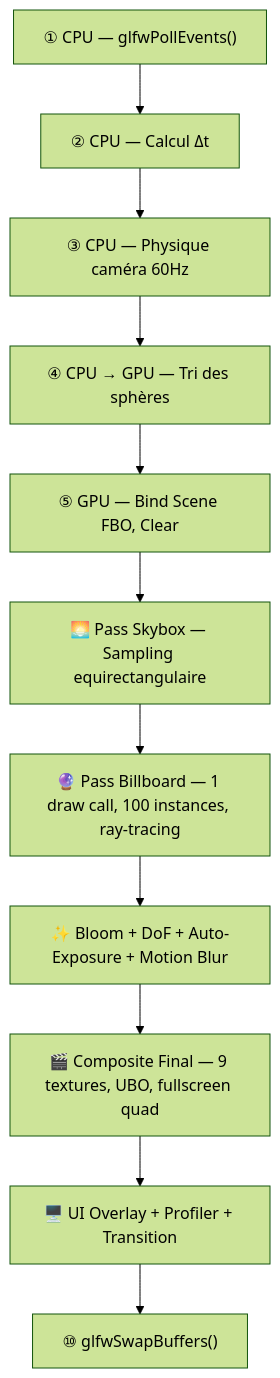
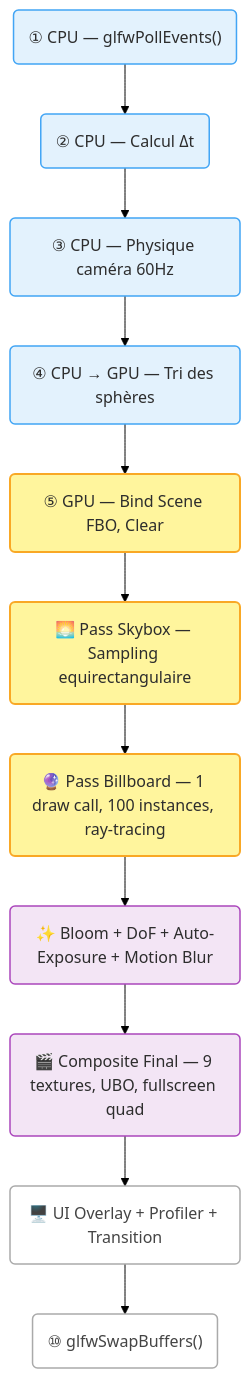
Diagram 17 of 17 in content/suckless-ogl-anatomie-frame.md (yoyonel/blog_source), drawn with Mermaid (forest theme) before and after one commit. The commit also changed other lines of this file and 4 other files, not shown here.

First line of the commit message:
refactor(mermaid): hand-drawn style + forced light mode for all browsers

```diff
--- a/content/suckless-ogl-anatomie-frame.md
+++ b/content/suckless-ogl-anatomie-frame.md
@@ -980,13 +1073,23 @@
 <pre class="mermaid">
 graph TD
-    POLL["① CPU — glfwPollEvents()"] --> TIME["② CPU — Calcul Δt"]
-    TIME --> CAM["③ CPU — Physique caméra 60Hz"]
-    CAM --> SORT["④ CPU → GPU — Tri des sphères"]
-    SORT --> FBO["⑤ GPU — Bind Scene FBO, Clear"]
-    FBO --> SKY["🌅 Pass Skybox — Sampling equirectangulaire"]
-    SKY --> SPHERES["🔮 Pass Billboard — 1 draw call, 100 instances, ray-tracing"]
-    SPHERES --> BLOOM["✨ Bloom + DoF + Auto-Exposure + Motion Blur"]
-    BLOOM --> COMP["🎬 Composite Final — 9 textures, UBO, fullscreen quad"]
-    COMP --> UI["🖥️ UI Overlay + Profiler + Transition"]
-    UI --> SWAP["⑩ glfwSwapBuffers()"]
+    POLL("① CPU — glfwPollEvents()") --> TIME("② CPU — Calcul Δt")
+    TIME --> CAM("③ CPU — Physique caméra 60Hz")
+    CAM --> SORT("④ CPU → GPU — Tri des sphères")
+    SORT --> FBO("⑤ GPU — Bind Scene FBO, Clear")
+    FBO --> SKY("🌅 Pass Skybox — Sampling equirectangulaire")
+    SKY --> SPHERES("🔮 Pass Billboard — 1 draw call, 100 instances, ray-tracing")
+    SPHERES --> BLOOM("✨ Bloom + DoF + Auto-Exposure + Motion Blur")
+    BLOOM --> COMP("🎬 Composite Final — 9 textures, UBO, fullscreen quad")
+    COMP --> UI("🖥️ UI Overlay + Profiler + Transition")
+    UI --> SWAP("⑩ glfwSwapBuffers()")
+
+    classDef cpu fill:#e3f2fd,stroke:#42a5f5,stroke-width:1.5px,color:#2d2d2d
+    classDef gpu fill:#fff59d,stroke:#f9a825,stroke-width:2px,color:#2d2d2d
+    classDef postfx fill:#f3e5f5,stroke:#ab47bc,stroke-width:1.5px,color:#2d2d2d
+    classDef subsystem fill:#ffffff,stroke:#aaaaaa,stroke-width:1.5px,color:#444444
+
+    class POLL,TIME,CAM,SORT cpu
+    class FBO,SKY,SPHERES gpu
+    class BLOOM,COMP postfx
+    class UI,SWAP subsystem
 </pre>
```
